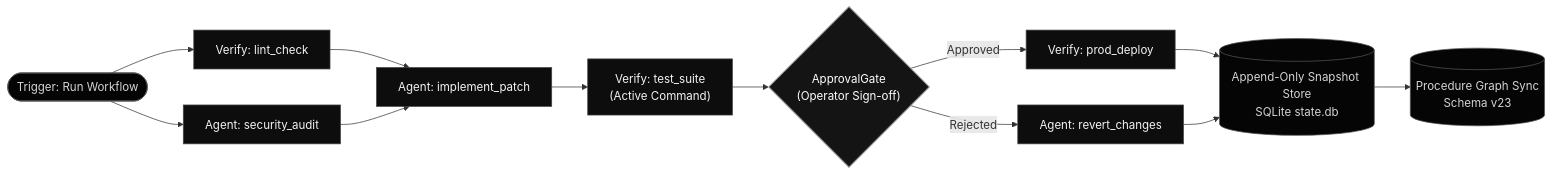
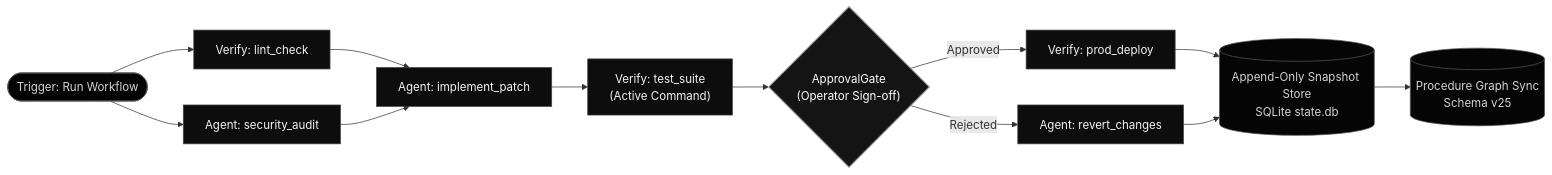
The diagram in src/routes/docs/workflows/+page.md (autonomic-ai-dev/website), drawn with Mermaid before and after one commit. The commit also changed other lines of this file and 9 other files, not shown here.

````diff
--- a/src/routes/docs/workflows/+page.md
+++ b/src/routes/docs/workflows/+page.md
@@ -9,25 +9,25 @@
 ```mermaid
 flowchart LR
     Start(["Trigger: Run Workflow"]) --> Lint["Verify: lint_check"]
     Start --> Scan["Agent: security_audit"]
     
     Lint --> Build["Agent: implement_patch"]
     Scan --> Build
     
     Build --> Test["Verify: test_suite<br/>(Active Command)"]
     Test --> Gate{"ApprovalGate<br/>(Operator Sign-off)"}
     
     Gate -->|Approved| Deploy["Verify: prod_deploy"]
     Gate -->|Rejected| Fallback["Agent: revert_changes"]
 
     Deploy --> Snapshot[("Append-Only Snapshot Store<br/>SQLite state.db")]
     Fallback --> Snapshot
-    Snapshot --> BrainSync[("Procedure Graph Sync<br/>Schema v23")]
+    Snapshot --> BrainSync[("Procedure Graph Sync<br/>Schema v25")]
 
     classDef exec fill:#0d0d0d,stroke:#444444,stroke-width:1px,color:#f4f4f5;
     classDef gate fill:#141414,stroke:#888888,stroke-width:1.5px,color:#ffffff;
     classDef terminal fill:#050505,stroke:#555555,stroke-width:1px,color:#d4d4d8;
     class Lint,Scan,Build,Test,Deploy,Fallback exec;
     class Gate gate;
     class Snapshot,Start,BrainSync terminal;
 ```
````
